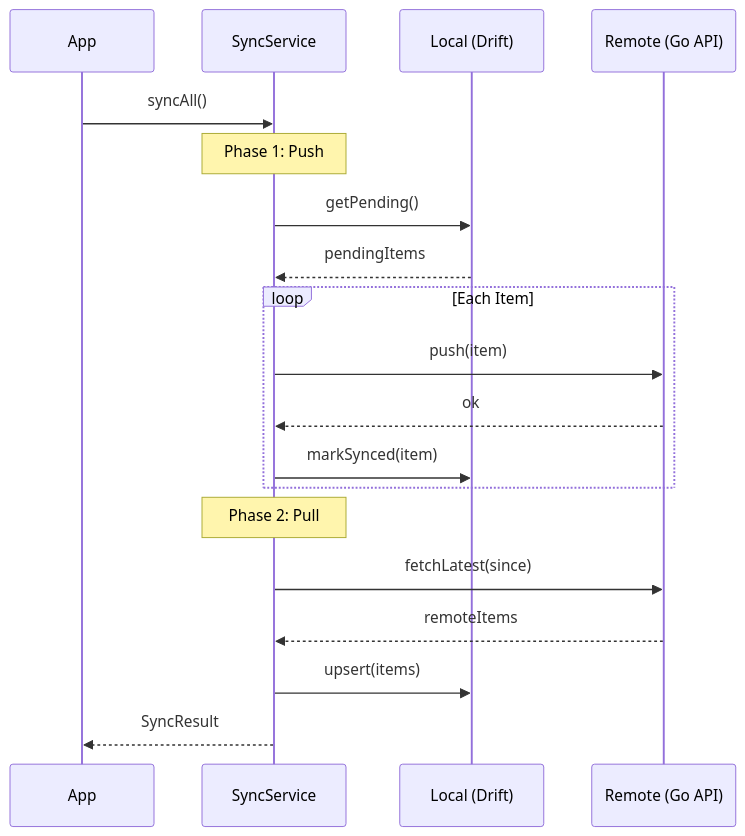
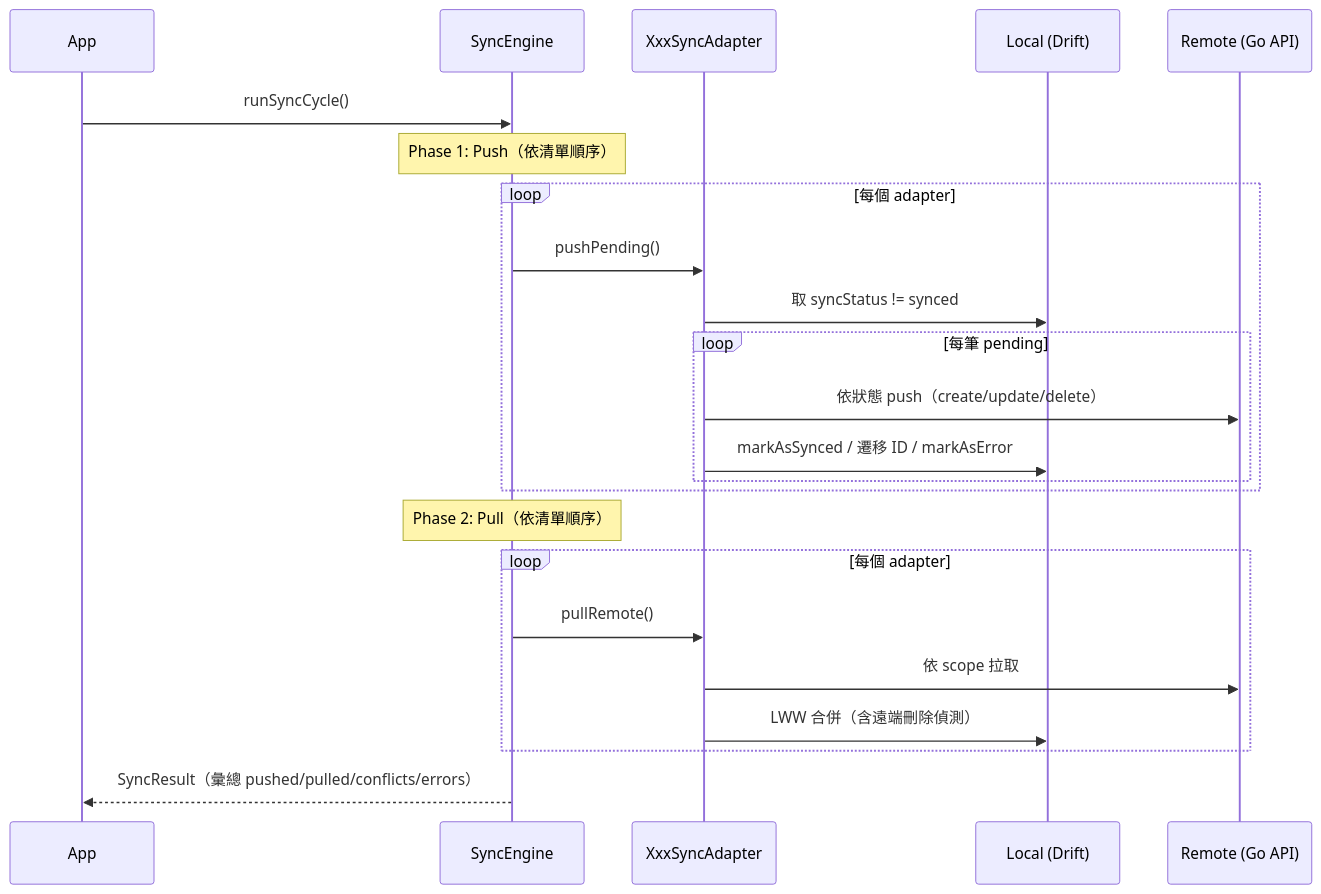
One commit to dectecx/SummitMate changed the first of 2 diagrams in docs/database/SYNC.md. Above: the diagram before and after it, drawn with Mermaid. The commit also changed other lines of this file and 28 other files, not shown here.

````diff
--- a/docs/database/SYNC.md
+++ b/docs/database/SYNC.md
@@ -9,26 +23,29 @@
 ```mermaid
 sequenceDiagram
     participant App
-    participant SyncService
+    participant Engine as SyncEngine
+    participant Adapter as XxxSyncAdapter
     participant Local as Local (Drift)
     participant Remote as Remote (Go API)
 
-    App->>SyncService: syncAll()
+    App->>Engine: runSyncCycle()
 
-    Note over SyncService: Phase 1: Push
-    SyncService->>Local: getPending()
-    Local-->>SyncService: pendingItems
-
-    loop Each Item
-        SyncService->>Remote: push(item)
-        Remote-->>SyncService: ok
-        SyncService->>Local: markSynced(item)
+    Note over Engine: Phase 1: Push（依清單順序）
+    loop 每個 adapter
+        Engine->>Adapter: pushPending()
+        Adapter->>Local: 取 syncStatus != synced
+        loop 每筆 pending
+            Adapter->>Remote: 依狀態 push（create/update/delete）
+            Adapter->>Local: markAsSynced / 遷移 ID / markAsError
+        end
     end
 
-    Note over SyncService: Phase 2: Pull
-    SyncService->>Remote: fetchLatest(since)
-    Remote-->>SyncService: remoteItems
-    SyncService->>Local: upsert(items)
+    Note over Engine: Phase 2: Pull（依清單順序）
+    loop 每個 adapter
+        Engine->>Adapter: pullRemote()
+        Adapter->>Remote: 依 scope 拉取
+        Adapter->>Local: LWW 合併（含遠端刪除偵測）
+    end
 
-    SyncService-->>App: SyncResult
+    Engine-->>App: SyncResult（彙總 pushed/pulled/conflicts/errors）
 ```
````
